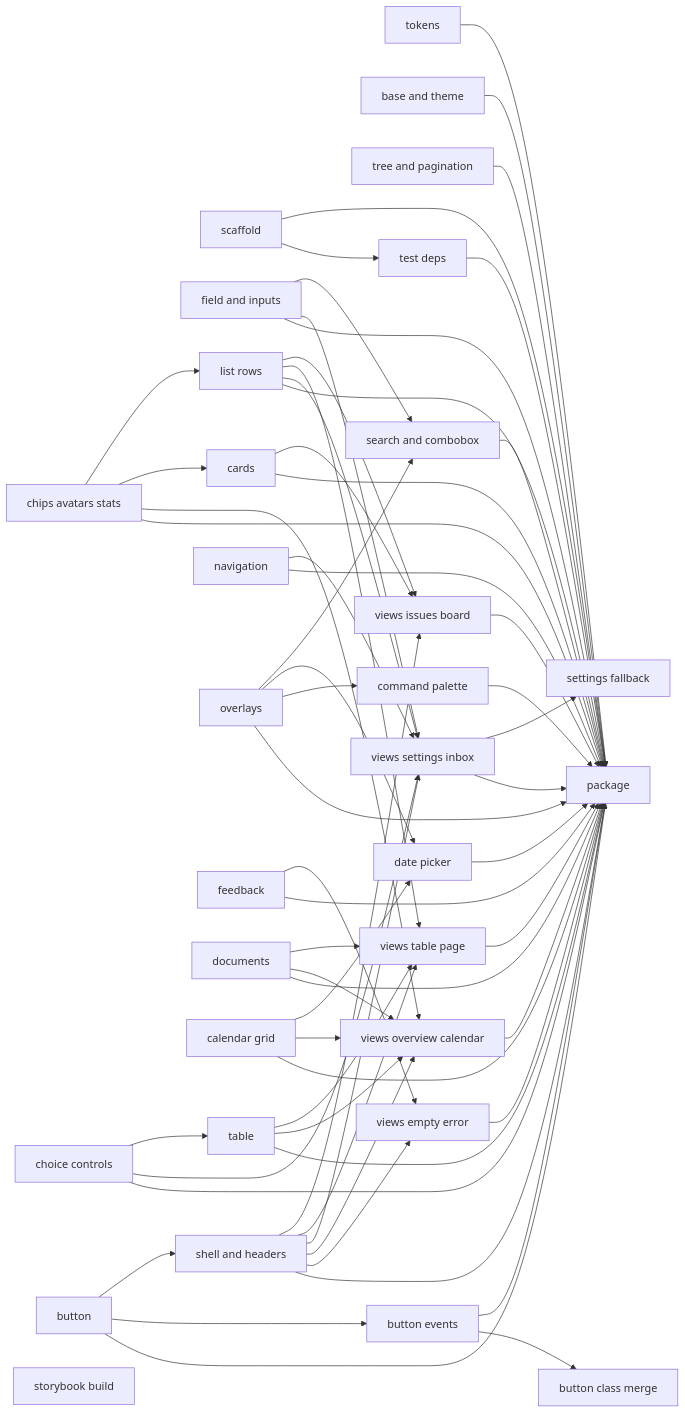
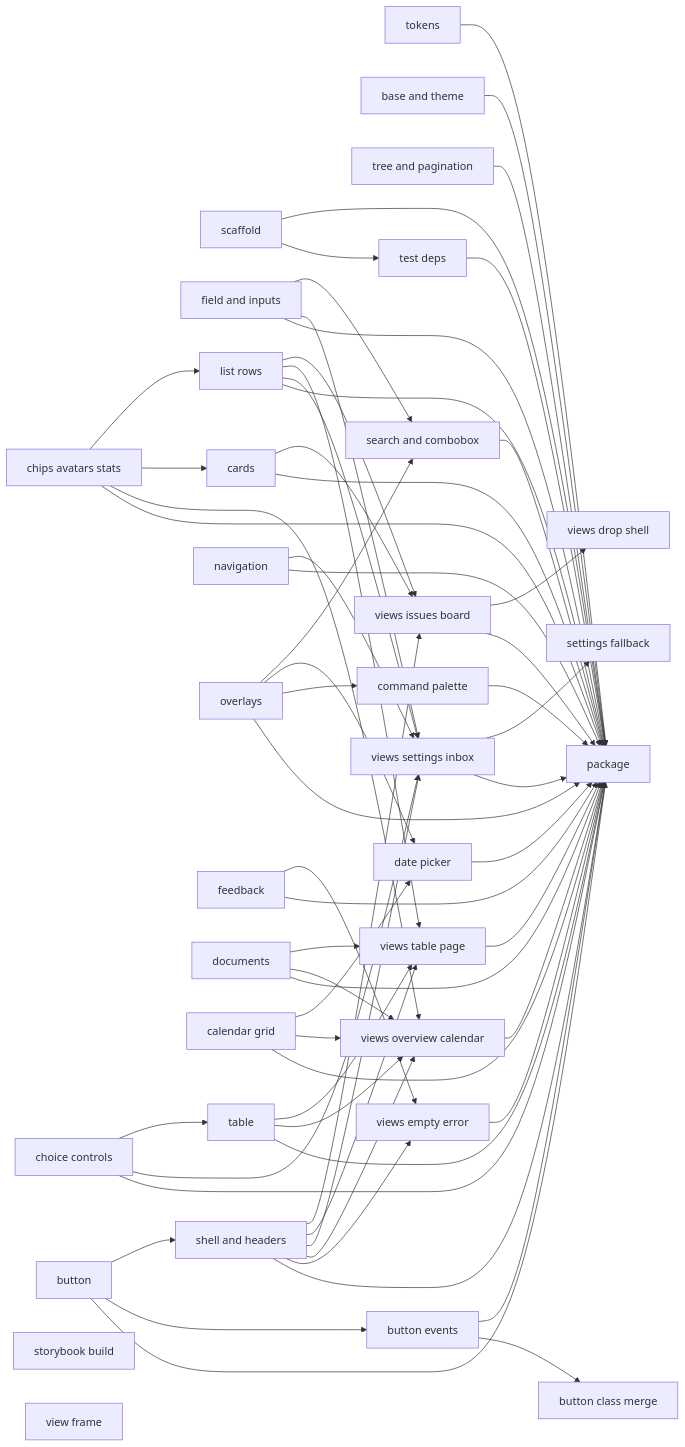
Before and after one commit to t128n/design: the second of 3 diagrams in docs/plans/2026-10-30-t128n-design-system.md, drawn with Mermaid. The commit also changed other lines of this file and 11 other files, not shown here.

```diff
--- a/docs/plans/2026-10-30-t128n-design-system.md
+++ b/docs/plans/2026-10-30-t128n-design-system.md
@@ -86,6 +86,8 @@
   T29[storybook build]
   T30[settings fallback]
   T31[button class merge]
+  T32[view frame]
+  T33[views drop shell]
   %% taskgraph
   T6 --> T8
   T7 --> T9
@@ -100,6 +102,7 @@
   T9 --> T21
   T10 --> T21
   T11 --> T21
+  T21 --> T33
   T8 --> T22
   T9 --> T22
   T11 --> T22
```
